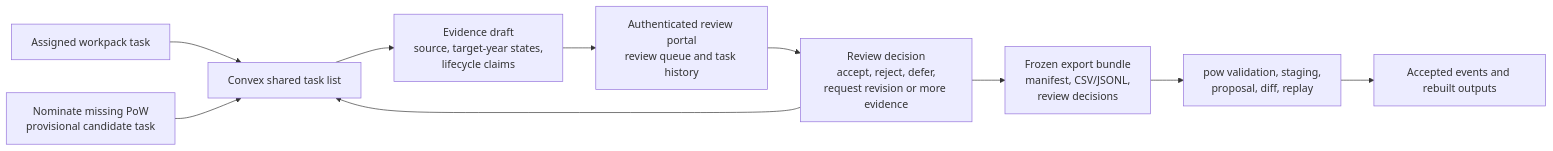
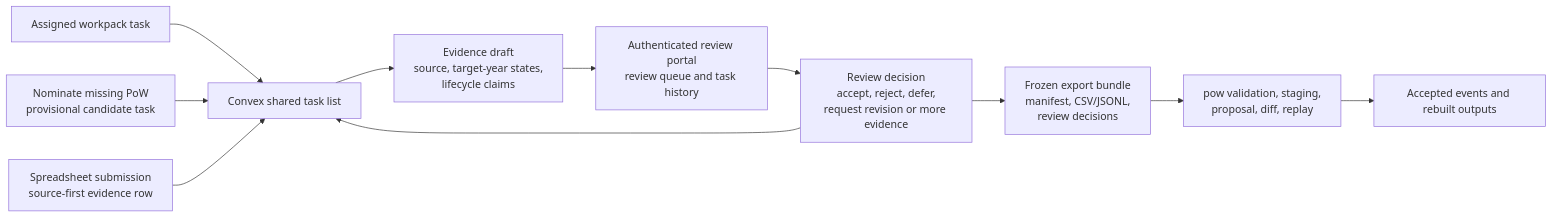
Before and after one commit to go-bayes/places-of-worship: the diagram in docs/convex-task-layer-spec.md, drawn with Mermaid. The commit also changed 18 other files, not shown here.

````diff
--- a/docs/convex-task-layer-spec.md
+++ b/docs/convex-task-layer-spec.md
@@ -45,12 +45,13 @@
 ```mermaid
 flowchart LR
   A["Assigned workpack task"] --> T["Convex shared task list"]
   N["Nominate missing PoW<br/>provisional candidate task"] --> T
+  S["Spreadsheet submission<br/>source-first evidence row"] --> T
   T --> E["Evidence draft<br/>source, target-year states,<br/>lifecycle claims"]
   E --> Q["Authenticated review portal<br/>review queue and task history"]
   Q --> D["Review decision<br/>accept, reject, defer,<br/>request revision or more evidence"]
   D --> T
   D --> B["Frozen export bundle<br/>manifest, CSV/JSONL,<br/>review decisions"]
   B --> P["pow validation, staging,<br/>proposal, diff, replay"]
   P --> M["Accepted events and rebuilt outputs"]
 ```
````
